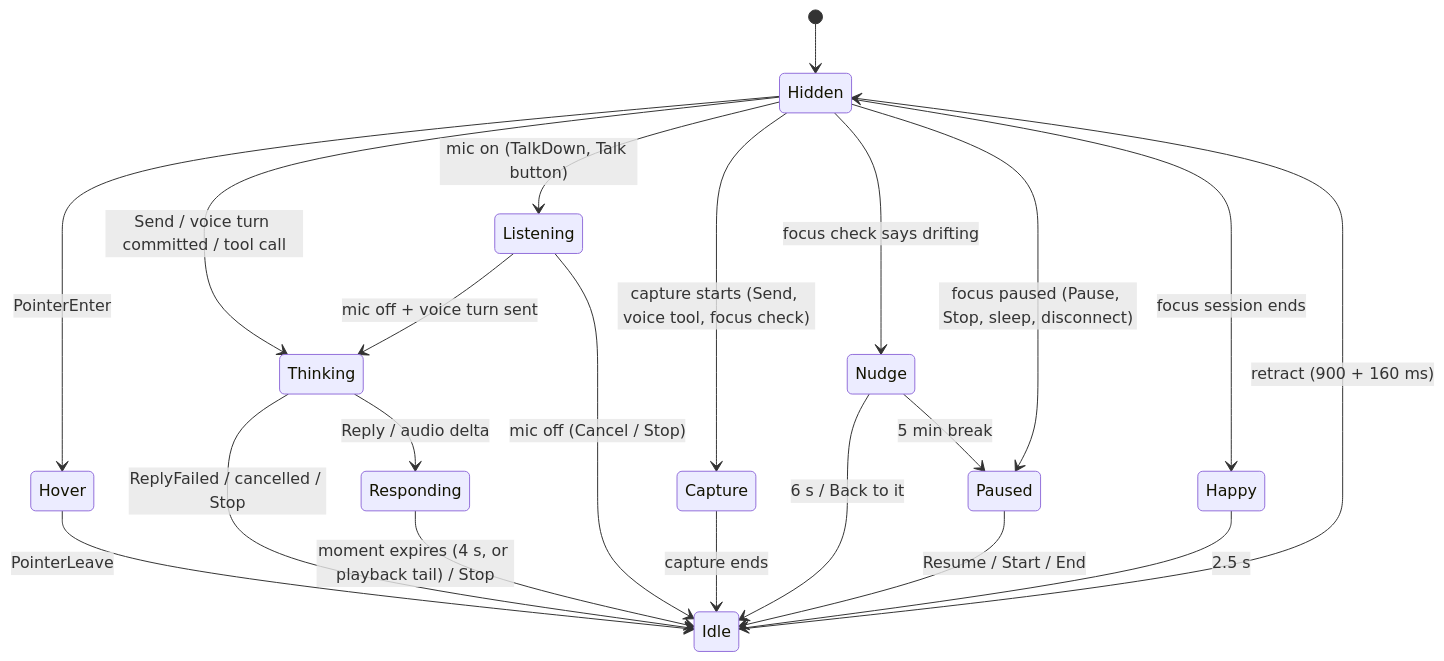
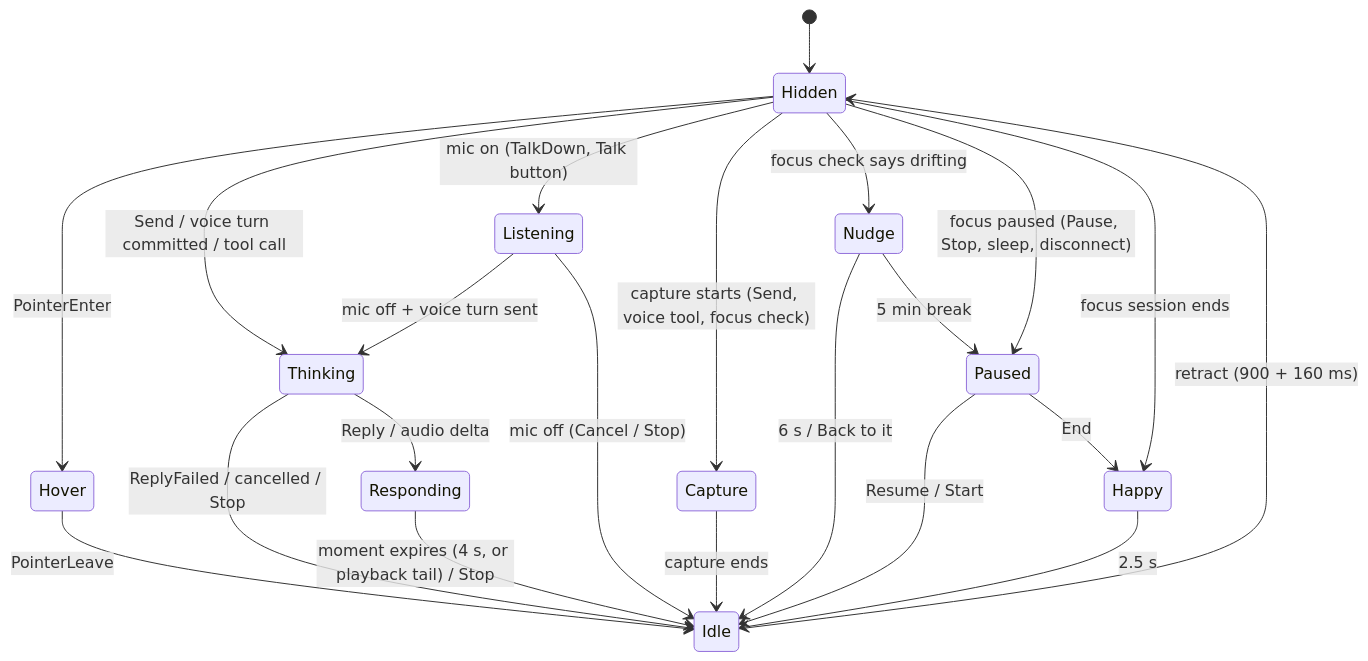
One commit to vikas53953/bluey changed the third of 7 diagrams in docs/architecture/notch-lifecycle.md. Above: the diagram before and after it, drawn with Mermaid. The commit also changed other lines of this file and 1 other file, not shown here.

````diff
--- a/docs/architecture/notch-lifecycle.md
+++ b/docs/architecture/notch-lifecycle.md
@@ -125,23 +125,24 @@
 ```mermaid
 stateDiagram-v2
   [*] --> Hidden
   Hidden --> Hover: PointerEnter
   Hover --> Idle: PointerLeave
   Idle --> Hidden: retract (900 + 160 ms)
   Hidden --> Thinking: Send / voice turn committed / tool call
   Thinking --> Responding: Reply / audio delta
   Thinking --> Idle: ReplyFailed / cancelled / Stop
   Responding --> Idle: moment expires (4 s, or playback tail) / Stop
   Hidden --> Listening: mic on (TalkDown, Talk button)
   Listening --> Thinking: mic off + voice turn sent
   Listening --> Idle: mic off (Cancel / Stop)
   Hidden --> Capture: capture starts (Send, voice tool, focus check)
   Capture --> Idle: capture ends
   Hidden --> Nudge: focus check says drifting
   Nudge --> Idle: 6 s / Back to it
   Nudge --> Paused: 5 min break
   Hidden --> Paused: focus paused (Pause, Stop, sleep, disconnect)
-  Paused --> Idle: Resume / Start / End
+  Paused --> Idle: Resume / Start
+  Paused --> Happy: End
   Hidden --> Happy: focus session ends
   Happy --> Idle: 2.5 s
 ```
````
